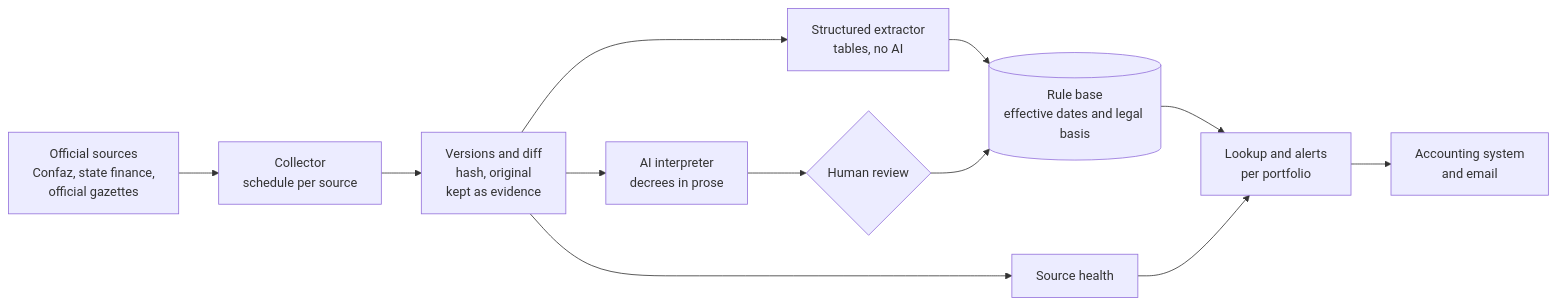
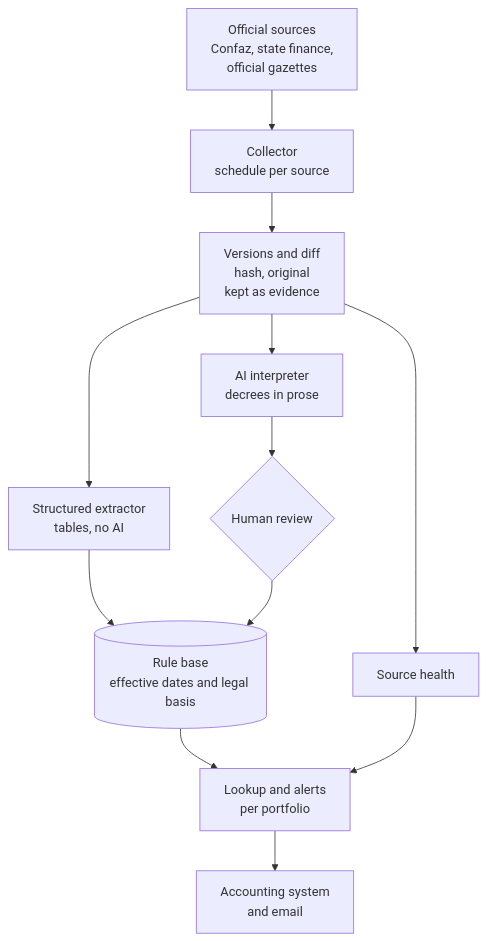
One commit to thiagogardev/thiagogardev.github.io changed the second of 2 diagrams in en/cases/icms-st.md. Above: the diagram before and after it, drawn with Mermaid. The commit also changed 1 other file, not shown here.

Commit message:
Case ICMS ST: diagrama de arquitetura na vertical para caber na coluna

````diff
--- a/en/cases/icms-st.md
+++ b/en/cases/icms-st.md
@@ -62,14 +62,14 @@
 ```mermaid
-flowchart LR
+flowchart TB
   F[Official sources<br/>Confaz, state finance,<br/>official gazettes] --> C[Collector<br/>schedule per source]
   C --> V[Versions and diff<br/>hash, original<br/>kept as evidence]
   V --> E[Structured extractor<br/>tables, no AI]
   V --> I[AI interpreter<br/>decrees in prose]
   I --> R{Human review}
   E --> B[(Rule base<br/>effective dates and legal basis)]
   R --> B
   V --> S[Source health]
   B --> A[Lookup and alerts<br/>per portfolio]
   S --> A
   A --> X[Accounting system<br/>and email]
 ```
````
